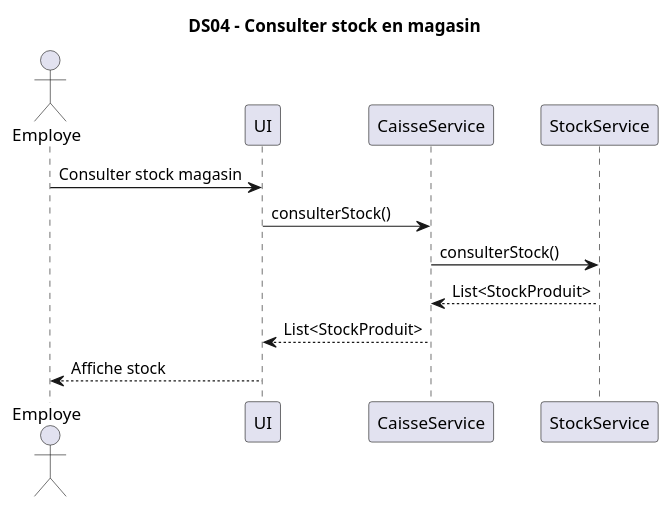
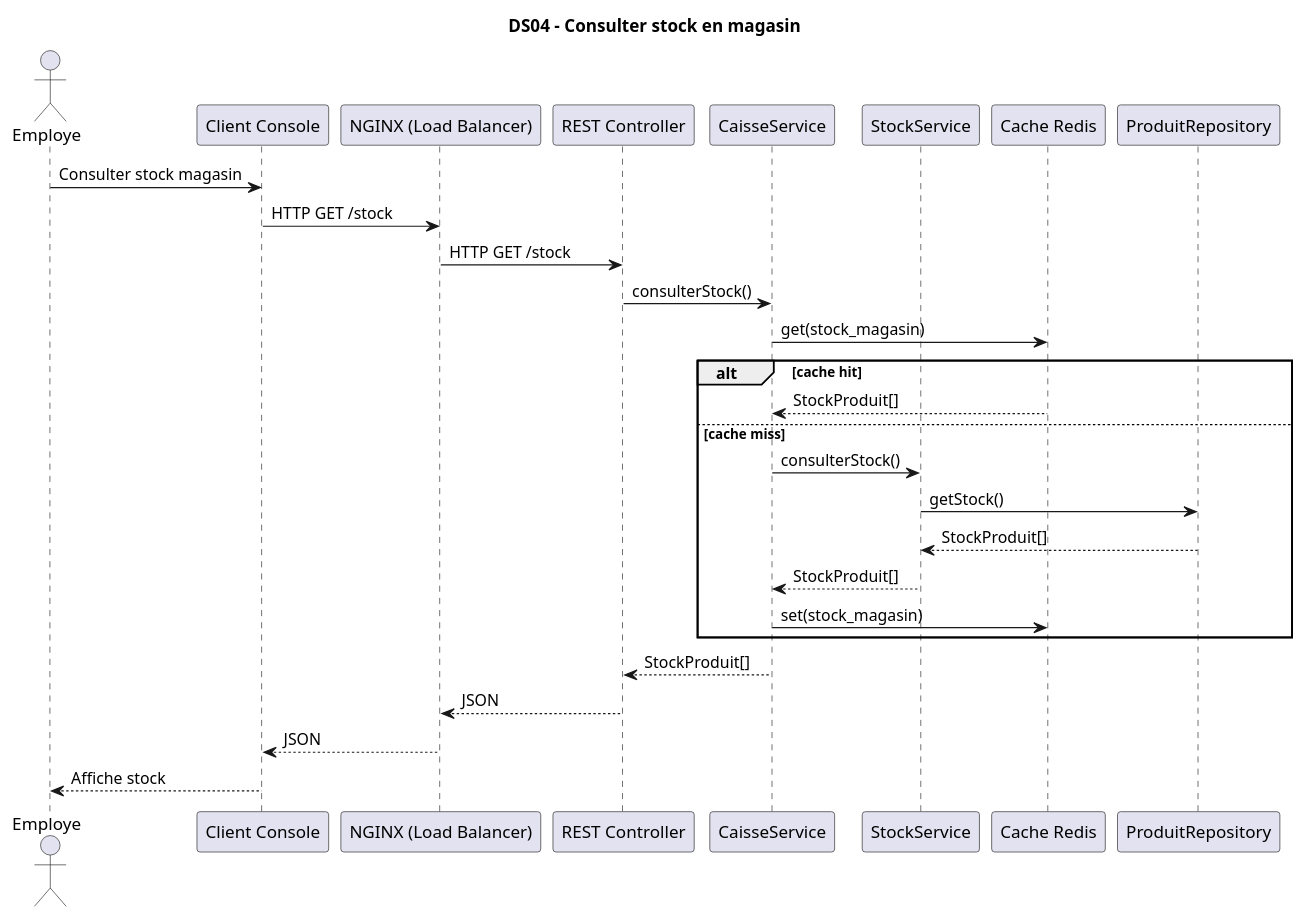
One commit to NathanGasseau/LOG430-01-Labo-04 changed the diagram in docs/UML/DiagrammesDeSequence/DS04-ConsulterStockEnMagasin.puml. Above: the diagram before and after it, drawn with PlantUML. The commit also changed 10 other files, not shown here.

```diff
--- a/docs/UML/DiagrammesDeSequence/DS04-ConsulterStockEnMagasin.puml
+++ b/docs/UML/DiagrammesDeSequence/DS04-ConsulterStockEnMagasin.puml
@@ -1,17 +1,31 @@
 @startuml
-
 title DS04 – Consulter stock en magasin
 
 actor Employe
-participant UI
+participant "Client Console" as UI
+participant "NGINX (Load Balancer)" as NGINX
+participant "REST Controller" as Controller
 participant CaisseService
 participant StockService
+participant "Cache Redis" as Redis
+participant ProduitRepository
 
 Employe -> UI : Consulter stock magasin
-UI -> CaisseService : consulterStock()
-CaisseService -> StockService : consulterStock()
-StockService --> CaisseService : List<StockProduit>
-CaisseService --> UI : List<StockProduit>
+UI -> NGINX : HTTP GET /stock
+NGINX -> Controller : HTTP GET /stock
+Controller -> CaisseService : consulterStock()
+CaisseService -> Redis : get(stock_magasin)
+alt cache hit
+  Redis --> CaisseService : StockProduit[]
+else cache miss
+  CaisseService -> StockService : consulterStock()
+  StockService -> ProduitRepository : getStock()
+  ProduitRepository --> StockService : StockProduit[]
+  StockService --> CaisseService : StockProduit[]
+  CaisseService -> Redis : set(stock_magasin)
+end
+CaisseService --> Controller : StockProduit[]
+Controller --> NGINX : JSON
+NGINX --> UI : JSON
 UI --> Employe : Affiche stock
-
 @enduml
```
